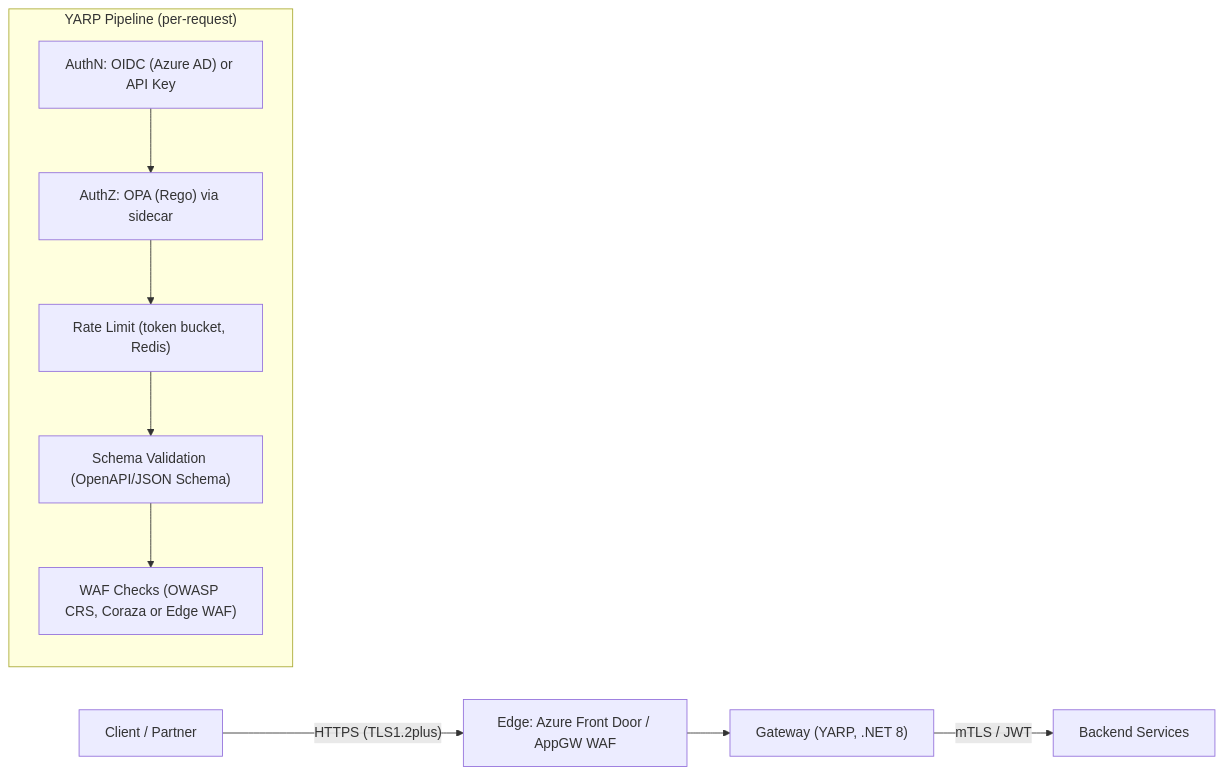
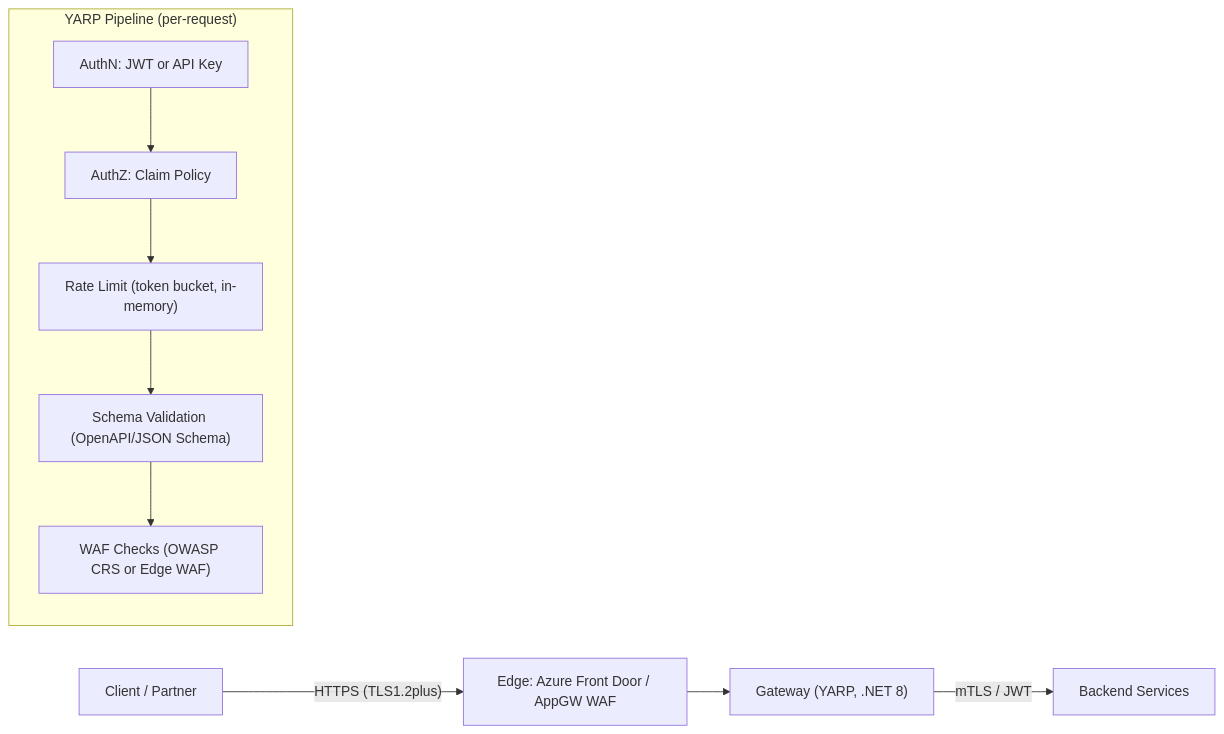
One commit to MatteoRigoni/aegisapi changed the first of 4 diagrams in docs/arch-overview.md. Above: the diagram before and after it, drawn with Mermaid. The commit also changed other lines of this file and 1 other file, not shown here.

````diff
--- a/docs/arch-overview.md
+++ b/docs/arch-overview.md
@@ -7,12 +7,12 @@
 ```mermaid
 flowchart LR
     Client["Client / Partner"] -->|"HTTPS (TLS1.2plus)"| E["Edge: Azure Front Door / AppGW WAF"]
     E --> G["Gateway (YARP, .NET 8)"]
     subgraph "YARP Pipeline (per-request)"
-      A1["AuthN: OIDC (Azure AD) or API Key"] --> A2["AuthZ: OPA (Rego) via sidecar"]
-      A2 --> A3["Rate Limit (token bucket, Redis)"]
+      A1["AuthN: JWT or API Key"] --> A2["AuthZ: Claim Policy"]
+      A2 --> A3["Rate Limit (token bucket, in-memory)"]
       A3 --> A4["Schema Validation (OpenAPI/JSON Schema)"]
-      A4 --> A5["WAF Checks (OWASP CRS, Coraza or Edge WAF)"]
+      A4 --> A5["WAF Checks (OWASP CRS or Edge WAF)"]
     end
     G -->|"mTLS / JWT"| Svc["Backend Services"]
 ```
````
